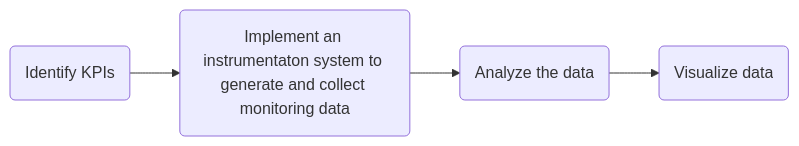
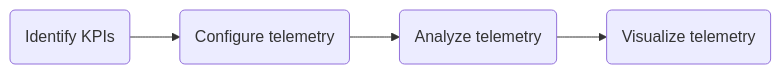
Before and after one commit to cyberphor/knowledge-base: the diagram in theory/cloud/monitoring/README.md, drawn with Mermaid. The commit also changed other lines of this file and 1 other file, not shown here.

````diff
--- a/theory/cloud/monitoring/README.md
+++ b/theory/cloud/monitoring/README.md
@@ -4,7 +4,7 @@
 ```mermaid
 flowchart LR
   Step1("Identify KPIs") 
-  --> Step2("Implement an instrumentaton system to generate and collect monitoring data")
-    --> Step3("Analyze the data")
-      --> Step4("Visualize data")
+  --> Step2("Configure telemetry")
+    --> Step3("Analyze telemetry")
+      --> Step4("Visualize telemetry")
 ```
````
